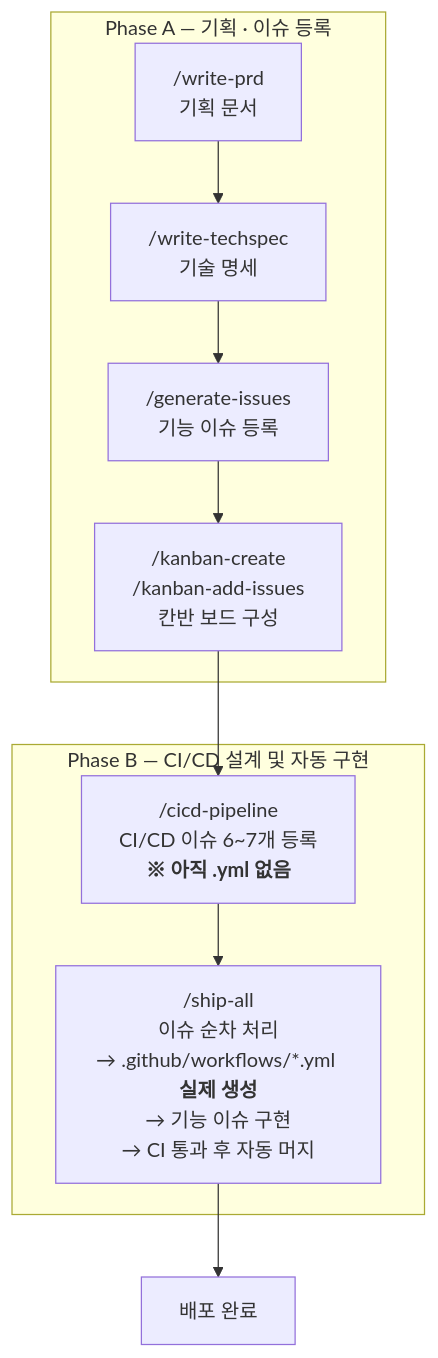
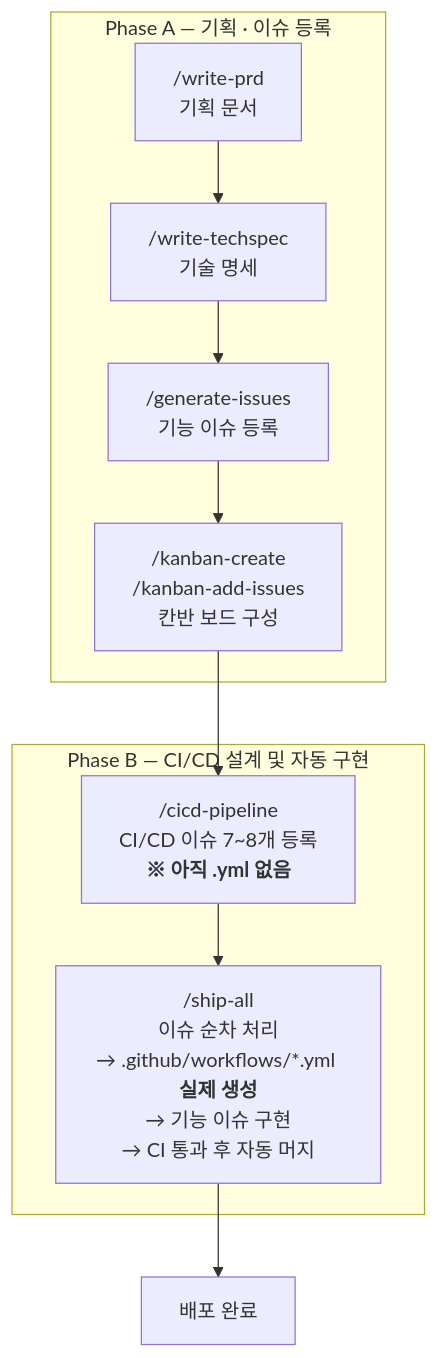
The first of 3 diagrams in README.md (ischung/go-sdlc-gan), drawn with Mermaid before and after one commit. The commit also changed other lines of this file, not shown here.

````diff
--- a/README.md
+++ b/README.md
@@ -122,13 +122,13 @@
 ```mermaid
 flowchart TB
     subgraph PA["Phase A — 기획 · 이슈 등록"]
         A["/write-prd<br/>기획 문서"] --> B["/write-techspec<br/>기술 명세"]
         B --> C["/generate-issues<br/>기능 이슈 등록"]
         C --> D["/kanban-create<br/>/kanban-add-issues<br/>칸반 보드 구성"]
     end
     subgraph PB["Phase B — CI/CD 설계 및 자동 구현"]
-        D --> E["/cicd-pipeline<br/>CI/CD 이슈 6~7개 등록<br/><b>※ 아직 .yml 없음</b>"]
+        D --> E["/cicd-pipeline<br/>CI/CD 이슈 7~8개 등록<br/><b>※ 아직 .yml 없음</b>"]
         E --> F["/ship-all<br/>이슈 순차 처리<br/>→ .github/workflows/*.yml <b>실제 생성</b><br/>→ 기능 이슈 구현<br/>→ CI 통과 후 자동 머지"]
     end
     F --> G["배포 완료"]
 ```
````
